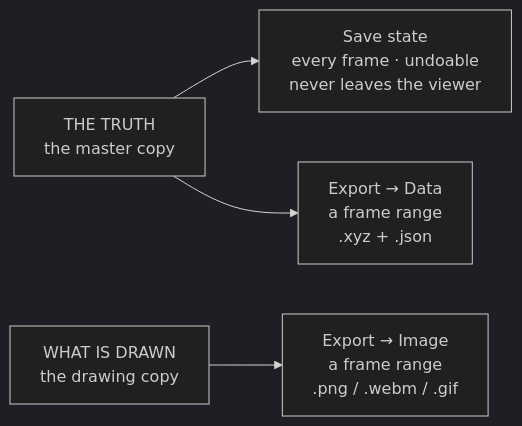
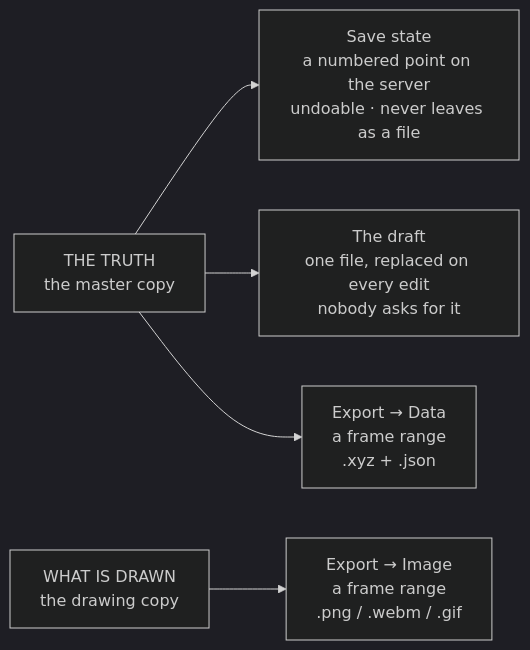
Before and after one commit to Qing-LAB/molbuilder: the tenth of 10 diagrams in docs/web/molview.md, drawn with Mermaid (dark theme). The commit also changed other lines of this file and 34 other files, not shown here.

````diff
--- a/docs/web/molview.md
+++ b/docs/web/molview.md
@@ -2714,11 +2932,13 @@
 ```mermaid
 flowchart LR
     T["THE TRUTH<br/>the master copy"]
     V["WHAT IS DRAWN<br/>the drawing copy"]
-    S["Save state<br/>every frame · undoable<br/>never leaves the viewer"]
+    S["Save state<br/>a numbered point on the server<br/>undoable · never leaves as a file"]
+    R["The draft<br/>one file, replaced on every edit<br/>nobody asks for it"]
     D["Export → Data<br/>a frame range<br/>.xyz + .json"]
     P["Export → Image<br/>a frame range<br/>.png / .webm / .gif"]
     T --> S
+    T --> R
     T --> D
     V --> P
 ```
````
